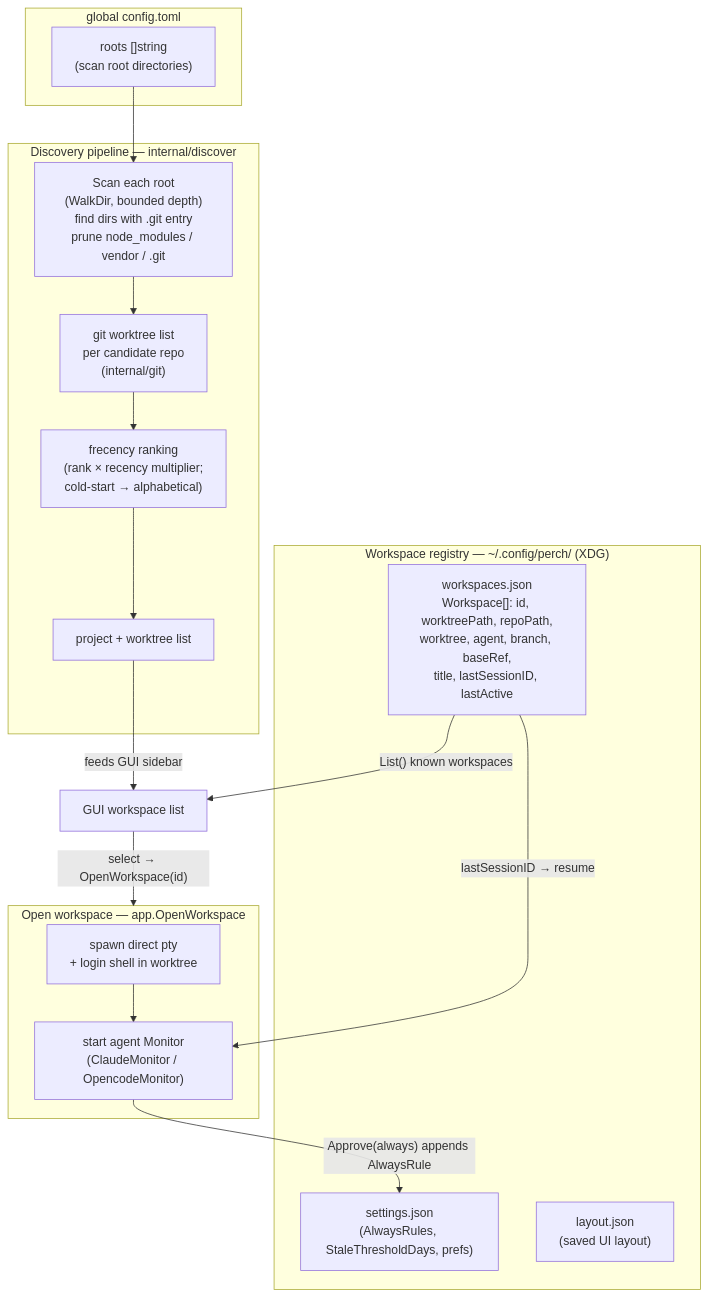
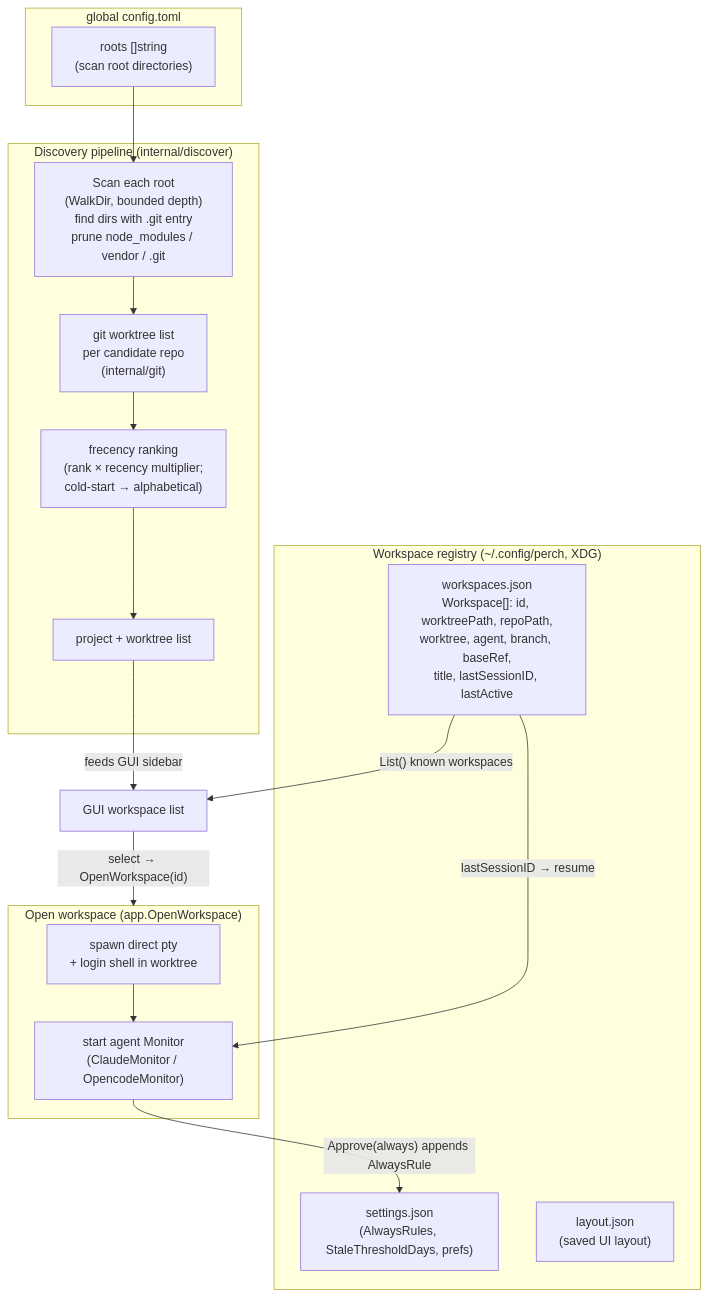
One commit to miniature-pug/perch changed the diagram in docs/diagrams/discovery-state.mmd. Above: the diagram before and after it, drawn with Mermaid. The commit also changed 26 other files, not shown here.

```diff
--- a/docs/diagrams/discovery-state.mmd
+++ b/docs/diagrams/discovery-state.mmd
@@ -1,34 +1,34 @@
 flowchart TD
     subgraph Config["global config.toml"]
         roots["roots []string\n(scan root directories)"]
     end
 
-    subgraph DiscoveryPipeline["Discovery pipeline — internal/discover"]
+    subgraph DiscoveryPipeline["Discovery pipeline (internal/discover)"]
         scan["Scan each root\n(WalkDir, bounded depth)\nfind dirs with .git entry\nprune node_modules / vendor / .git"]
         worktrees["git worktree list\nper candidate repo\n(internal/git)"]
         frecency["frecency ranking\n(rank × recency multiplier;\ncold-start → alphabetical)"]
         candidates["project + worktree list"]
     end
 
-    subgraph Registry["Workspace registry — ~/.config/perch/ (XDG)"]
+    subgraph Registry["Workspace registry (~/.config/perch, XDG)"]
         workspacesjson["workspaces.json\nWorkspace[]: id, worktreePath, repoPath,\nworktree, agent, branch, baseRef,\ntitle, lastSessionID, lastActive"]
         settingsjson["settings.json\n(AlwaysRules, StaleThresholdDays, prefs)"]
         layoutjson["layout.json\n(saved UI layout)"]
     end
 
-    subgraph Open["Open workspace — app.OpenWorkspace"]
+    subgraph Open["Open workspace (app.OpenWorkspace)"]
         ptyspawn["spawn direct pty\n+ login shell in worktree"]
         monstart["start agent Monitor\n(ClaudeMonitor / OpencodeMonitor)"]
     end
 
     roots --> scan
     scan --> worktrees
     worktrees --> frecency
     frecency --> candidates
     candidates -->|"feeds GUI sidebar"| gui_list["GUI workspace list"]
 
     workspacesjson -->|"List() known workspaces"| gui_list
     gui_list -->|"select → OpenWorkspace(id)"| Open
     workspacesjson -->|"lastSessionID → resume"| monstart
     ptyspawn --> monstart
     monstart -->|"Approve(always) appends AlwaysRule"| settingsjson
```
